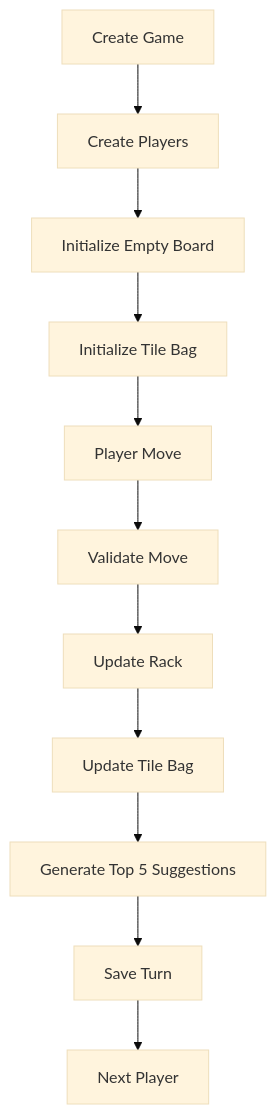
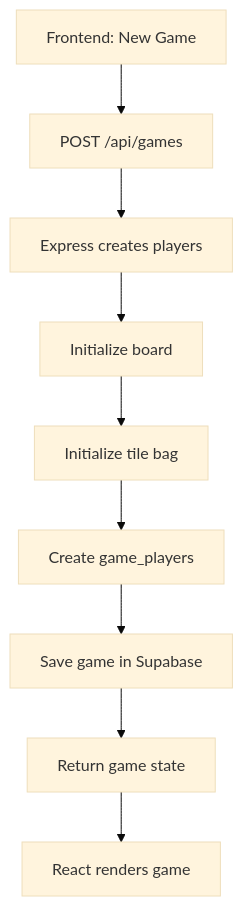
The second of 3 diagrams in docs/DatabaseSchema.md (shawwnn/scrabble-ai-assistant), drawn with Mermaid (base theme) before and after one commit. The commit also changed other lines of this file and 12 other files, not shown here.

First line of the commit message:
Add Supabase database schema and persistence plan for Scrabble game

````diff
--- a/docs/DatabaseSchema.md
+++ b/docs/DatabaseSchema.md
@@ -354,25 +994,27 @@
 ```mermaid
 flowchart TD
 
-A[Create Game]
+A[Frontend: New Game]
+--> B[POST /api/games]
 
-A --> B[Create Players]
+B
+--> C[Express creates players]
 
-B --> C[Initialize Empty Board]
+C
+--> D[Initialize board]
 
-C --> D[Initialize Tile Bag]
+D
+--> E[Initialize tile bag]
 
-D --> E[Player Move]
+E
+--> F[Create game_players]
 
-E --> F[Validate Move]
+F
+--> G[Save game in Supabase]
 
-F --> G[Update Rack]
+G
+--> H[Return game state]
 
-G --> H[Update Tile Bag]
-
-H --> I[Generate Top 5 Suggestions]
-
-I --> J[Save Turn]
-
-J --> K[Next Player]
+H
+--> I[React renders game]
 ```
````
